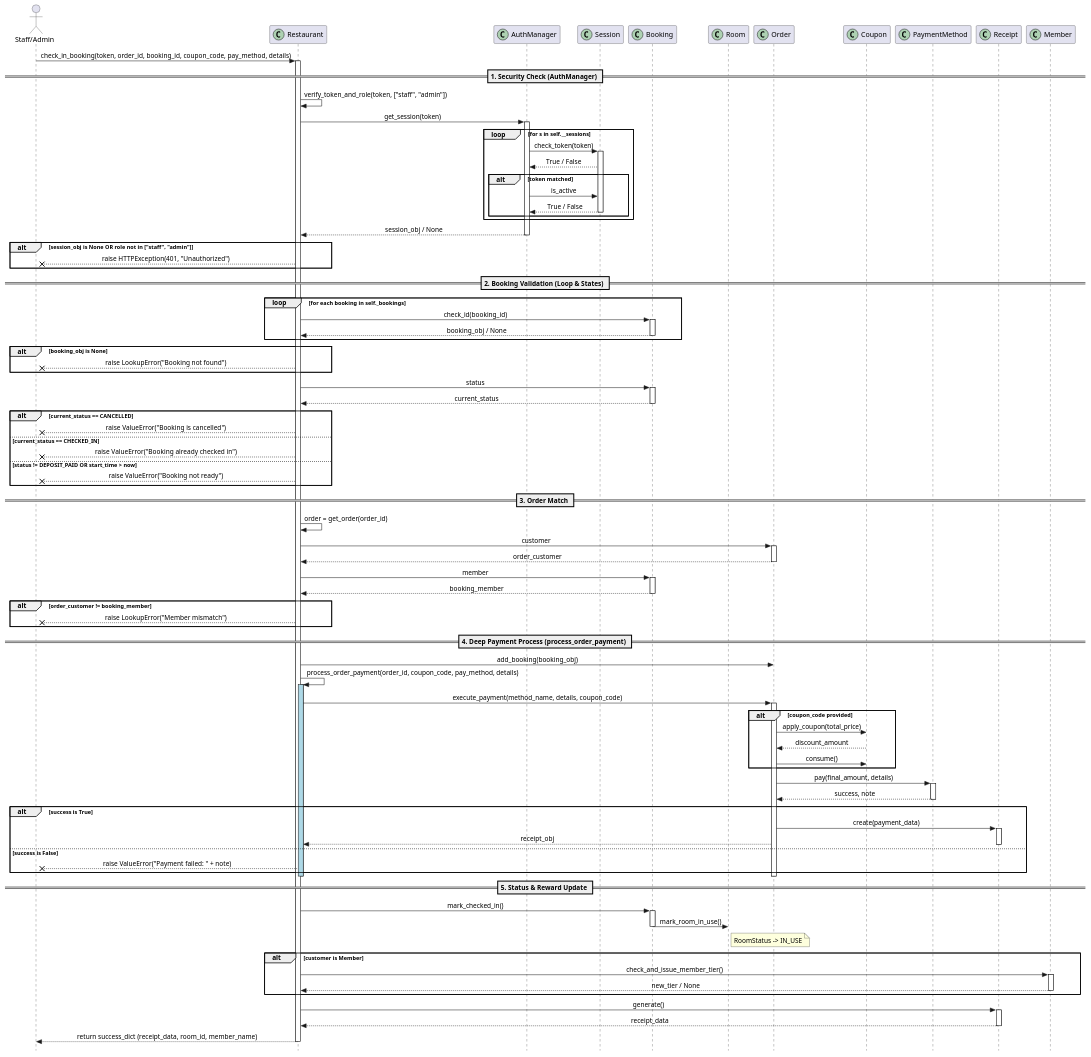
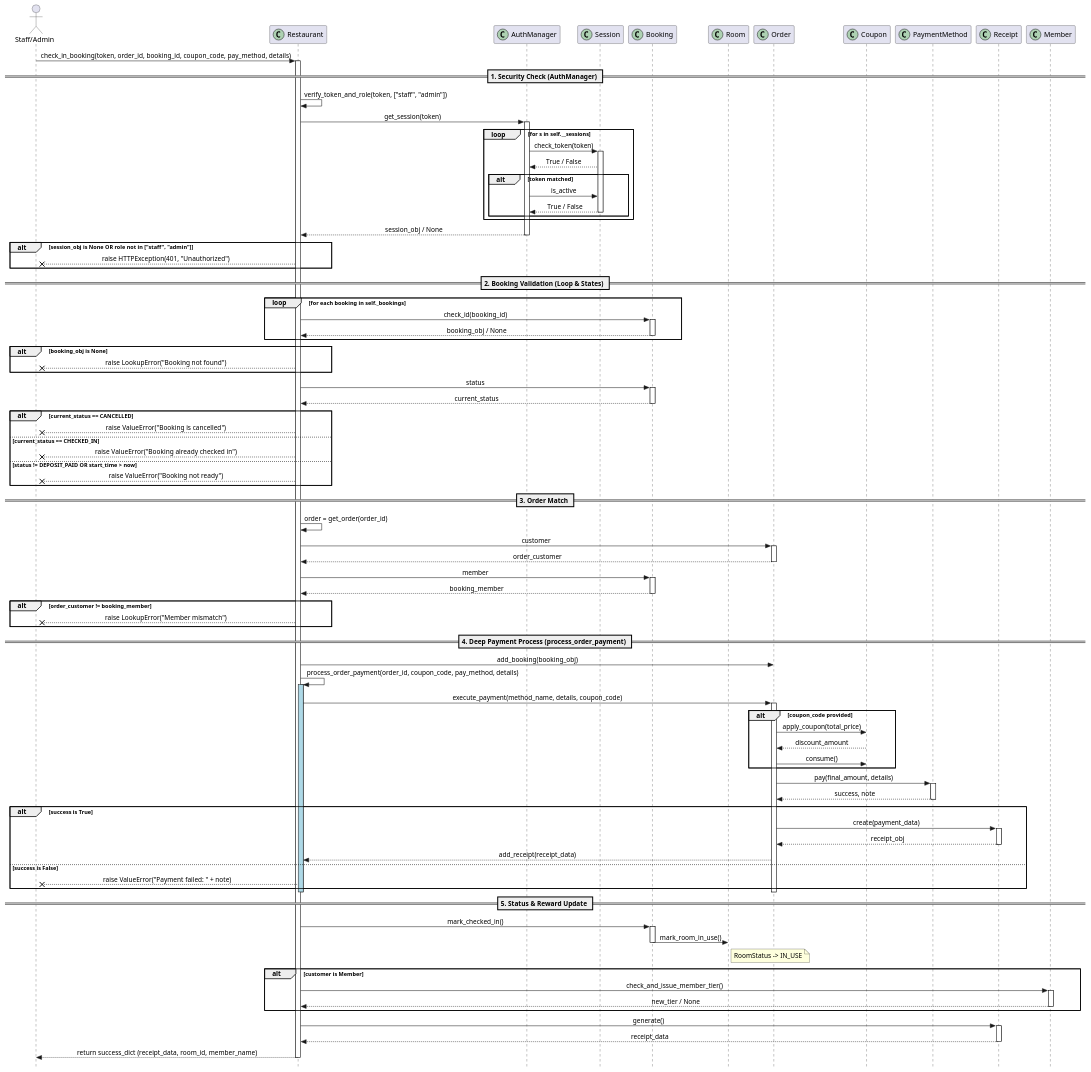
The diagram in shared/doc/checkin_sequence_diagram.puml (twrrippy/knight-chicken-oop), drawn with PlantUML before and after one commit. The commit also changed 1 other file, not shown here.

```diff
--- a/shared/doc/checkin_sequence_diagram.puml
+++ b/shared/doc/checkin_sequence_diagram.puml
@@ -1,138 +1,139 @@
 @startuml
 skinparam style strictuml
 skinparam sequenceMessageAlignment center
 
 ' --- Participants ระดับเดียวกันด้านบน ---
 actor "Staff/Admin" as S
 participant "Restaurant" as R << (C,#ADD1B2) >>
 participant "AuthManager" as Auth << (C,#ADD1B2) >>
 participant "Session" as SS << (C,#ADD1B2) >>
 participant "Booking" as B << (C,#ADD1B2) >>
 participant "Room" as RM << (C,#ADD1B2) >>
 participant "Order" as O << (C,#ADD1B2) >>
 participant "Coupon" as CP << (C,#ADD1B2) >>
 participant "PaymentMethod" as PM << (C,#ADD1B2) >>
 participant "Receipt" as RCT << (C,#ADD1B2) >>
 participant "Member" as M << (C,#ADD1B2) >>
 
 
 S -> R : check_in_booking(token, order_id, booking_id, coupon_code, pay_method, details)
 activate R
 
     == 1. Security Check (AuthManager) ==
     R -> R : verify_token_and_role(token, ["staff", "admin"])
     R -> Auth : get_session(token)
     activate Auth
         
         loop for s in self.__sessions
             Auth -> SS : check_token(token)
             activate SS
             SS --> Auth : True / False
             
             alt token matched
                 Auth -> SS : is_active
                 SS --> Auth : True / False
                 deactivate SS
             end
         end
         
         Auth --> R : session_obj / None
     deactivate Auth
     
     alt session_obj is None OR role not in ["staff", "admin"]
         R --X S : raise HTTPException(401, "Unauthorized")
     end
 
     == 2. Booking Validation (Loop & States) ==
     loop for each booking in self._bookings
         R -> B : check_id(booking_id)
         activate B
         B --> R : booking_obj / None
         deactivate B
     end
     
     alt booking_obj is None
         R --X S : raise LookupError("Booking not found")
     end
 
     R -> B : status
     activate B
     B --> R : current_status
     deactivate B
     
     alt current_status == CANCELLED
         R --X S : raise ValueError("Booking is cancelled")
     else current_status == CHECKED_IN
         R --X S : raise ValueError("Booking already checked in")
     else status != DEPOSIT_PAID OR start_time > now
         R --X S : raise ValueError("Booking not ready")
     end
 
     == 3. Order Match ==
     R -> R : order = get_order(order_id)
     R -> O : customer
     activate O
     O --> R : order_customer
     deactivate O
     R -> B : member
     activate B
     B --> R : booking_member
     deactivate B
     
     alt order_customer != booking_member
         R --X S : raise LookupError("Member mismatch")
     end
 
     == 4. Deep Payment Process (process_order_payment) ==
     R -> O : add_booking(booking_obj)
     
     R -> R : process_order_payment(order_id, coupon_code, pay_method, details)
     activate R #LightBlue
         R -> O : execute_payment(method_name, details, coupon_code)
         activate O
             
             alt coupon_code provided
                 O -> CP : apply_coupon(total_price)
                 CP --> O : discount_amount
                 O -> CP : consume()
             end
             
             O -> PM : pay(final_amount, details)
             activate PM
                 PM --> O : success, note
             deactivate PM
             
             alt success is True
                 O -> RCT  : create(payment_data)
                 activate RCT
-                O --> R : receipt_obj
+                RCT --> O : receipt_obj
                 deactivate RCT
+                O --> R : add_receipt(receipt_data)
             else success is False
                 R --X S : raise ValueError("Payment failed: " + note)
             end
         deactivate O
     deactivate R
 
     == 5. Status & Reward Update ==
     R -> B : mark_checked_in()
     activate B
         B -> RM : mark_room_in_use()
         note right of RM : RoomStatus -> IN_USE
     deactivate B
 
     alt customer is Member
         R -> M : check_and_issue_member_tier()
         activate M
         M --> R : new_tier / None
         deactivate M
     end
 
     R -> RCT : generate()
     activate RCT
     RCT --> R : receipt_data
     deactivate RCT
 
     R --> S : return success_dict (receipt_data, room_id, member_name)
 
 deactivate R
 @enduml
```
